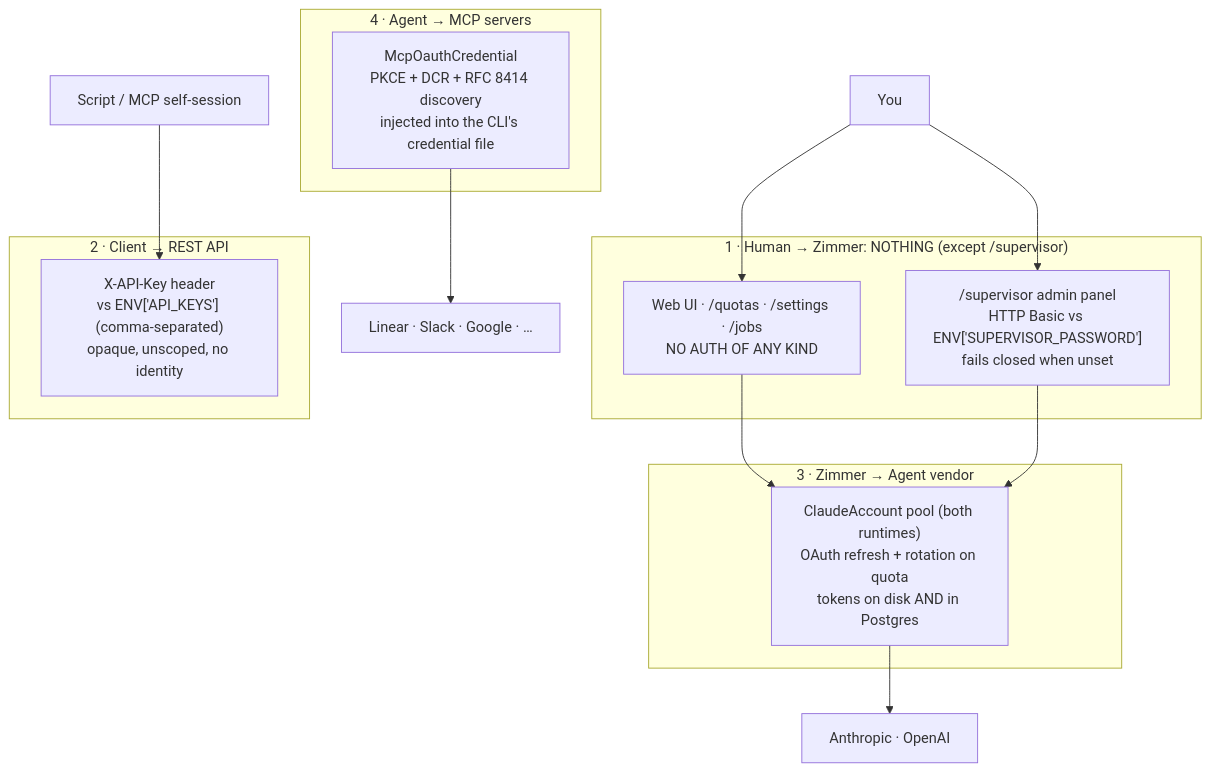
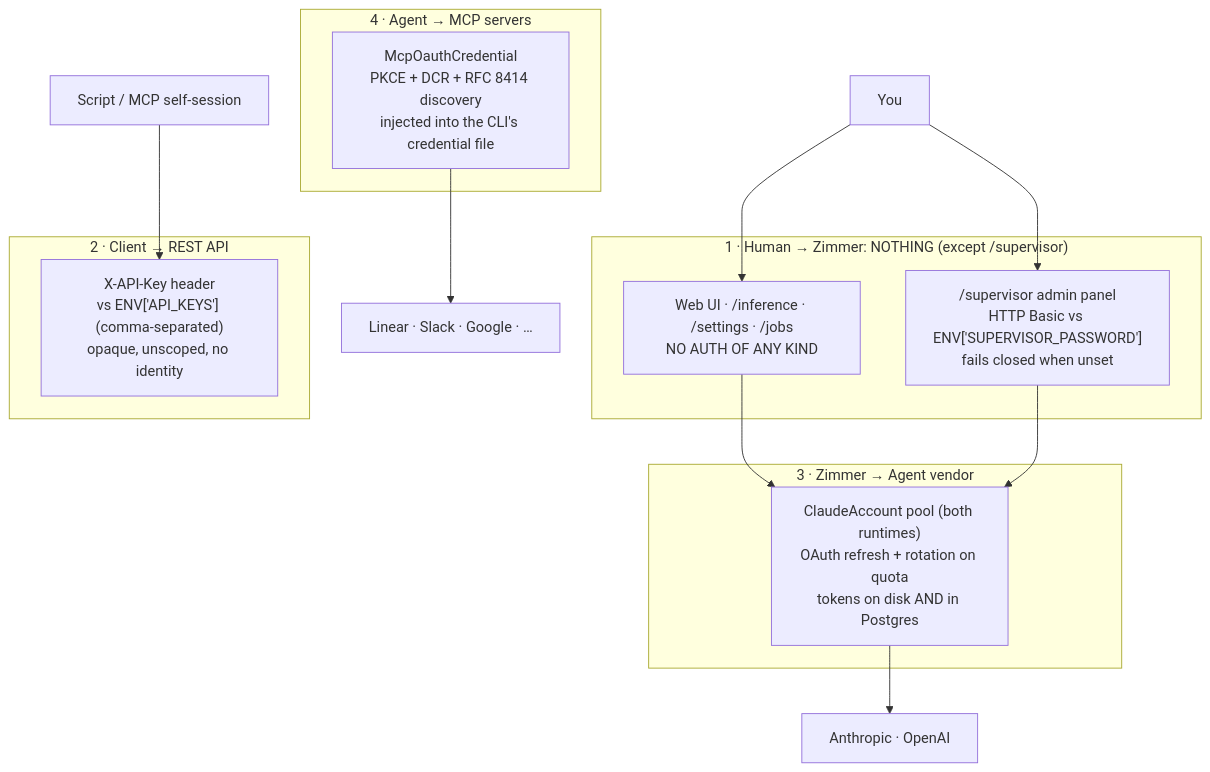
Before and after one commit to tadasant/zimmer: the diagram in docs/src/content/docs/auth/overview.md, drawn with Mermaid. The commit also changed other lines of this file and 120 other files, not shown here.

````diff
--- a/docs/src/content/docs/auth/overview.md
+++ b/docs/src/content/docs/auth/overview.md
@@ -11,24 +11,24 @@
 ```mermaid
 flowchart TB
     subgraph none["1 · Human → Zimmer: NOTHING (except /supervisor)"]
-        W["Web UI · /quotas · /settings · /jobs<br/>NO AUTH OF ANY KIND"]
+        W["Web UI · /inference · /settings · /jobs<br/>NO AUTH OF ANY KIND"]
         SUP["/supervisor admin panel<br/>HTTP Basic vs ENV['SUPERVISOR_PASSWORD']<br/>fails closed when unset"]
     end
     subgraph api["2 · Client → REST API"]
         A["X-API-Key header<br/>vs ENV['API_KEYS'] (comma-separated)<br/>opaque, unscoped, no identity"]
     end
     subgraph harness["3 · Zimmer → Agent vendor"]
         H["ClaudeAccount pool (both runtimes)<br/>OAuth refresh + rotation on quota<br/>tokens on disk AND in Postgres"]
     end
     subgraph mcp["4 · Agent → MCP servers"]
         M["McpOauthCredential<br/>PKCE + DCR + RFC 8414 discovery<br/>injected into the CLI's credential file"]
     end
 
     U["You"] --> W
     U --> SUP
     C["Script / MCP self-session"] --> A
     W --> H
     SUP --> H
     H --> V["Anthropic · OpenAI"]
     M --> S["Linear · Slack · Google · …"]
 ```
````
